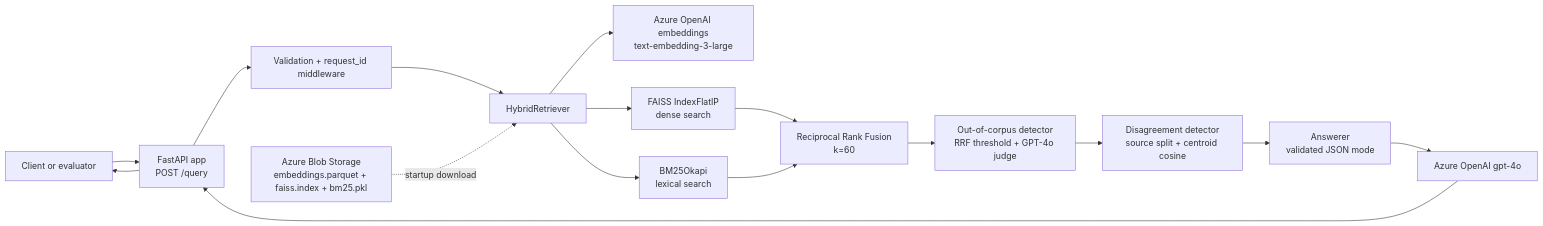
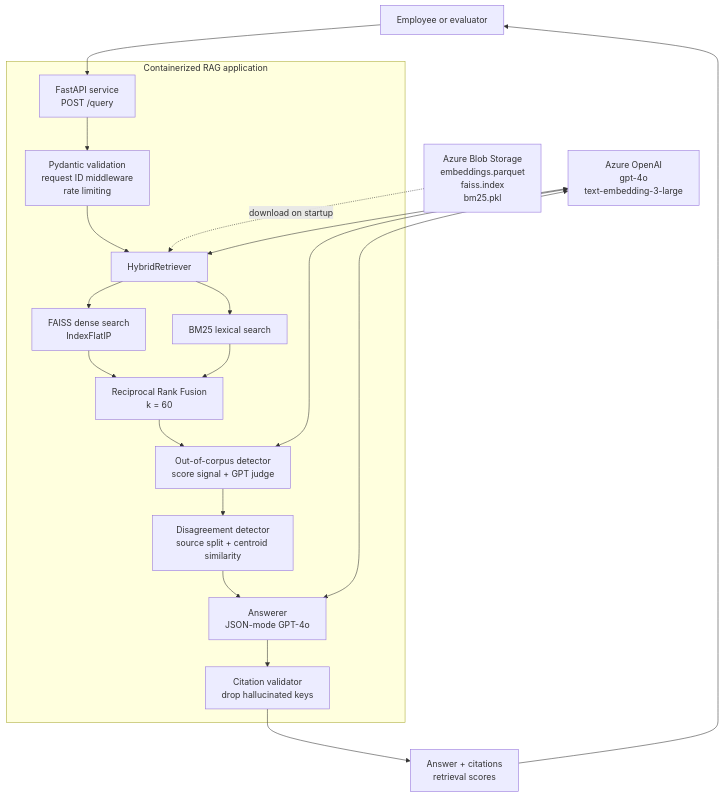
Before and after one commit to Mehulupase01/HR-Policy-RAG-FAISS-BM25-RRF-Azure-Container: the first of 4 diagrams in README.md, drawn with Mermaid. The commit also changed other lines of this file and 11 other files, not shown here.

````diff
--- a/README.md
+++ b/README.md
@@ -48,19 +120,25 @@
 ```mermaid
-flowchart LR
-    Client["Client or evaluator"] --> API["FastAPI app<br/>POST /query"]
-    API --> Guard["Validation + request_id middleware"]
-    Guard --> Retriever["HybridRetriever"]
-    Retriever --> Embed["Azure OpenAI embeddings<br/>text-embedding-3-large"]
-    Retriever --> FAISS["FAISS IndexFlatIP<br/>dense search"]
-    Retriever --> BM25["BM25Okapi<br/>lexical search"]
-    FAISS --> RRF["Reciprocal Rank Fusion<br/>k=60"]
-    BM25 --> RRF
-    RRF --> OOF["Out-of-corpus detector<br/>RRF threshold + GPT-4o judge"]
-    OOF --> Disagree["Disagreement detector<br/>source split + centroid cosine"]
-    Disagree --> Answerer["Answerer<br/>validated JSON mode"]
-    Answerer --> GPT["Azure OpenAI gpt-4o"]
-    GPT --> API
-    API --> Client
+flowchart TB
+    User["Employee or evaluator"] --> API["FastAPI service<br/>POST /query"]
 
-    Blob["Azure Blob Storage<br/>embeddings.parquet + faiss.index + bm25.pkl"] -. startup download .-> Retriever
+    subgraph App["Containerized RAG application"]
+        API --> Validate["Pydantic validation<br/>request ID middleware<br/>rate limiting"]
+        Validate --> Retrieve["HybridRetriever"]
+        Retrieve --> Dense["FAISS dense search<br/>IndexFlatIP"]
+        Retrieve --> Lexical["BM25 lexical search"]
+        Dense --> Fuse["Reciprocal Rank Fusion<br/>k = 60"]
+        Lexical --> Fuse
+        Fuse --> OOF["Out-of-corpus detector<br/>score signal + GPT judge"]
+        OOF --> Disagree["Disagreement detector<br/>source split + centroid similarity"]
+        Disagree --> Answer["Answerer<br/>JSON-mode GPT-4o"]
+        Answer --> Citations["Citation validator<br/>drop hallucinated keys"]
+    end
+
+    Citations --> Response["Answer + citations<br/>retrieval scores"]
+    Response --> User
+
+    Blob["Azure Blob Storage<br/>embeddings.parquet<br/>faiss.index<br/>bm25.pkl"] -. "download on startup" .-> Retrieve
+    AOAI["Azure OpenAI<br/>gpt-4o<br/>text-embedding-3-large"] <--> Retrieve
+    AOAI <--> OOF
+    AOAI <--> Answer
 ```
````
